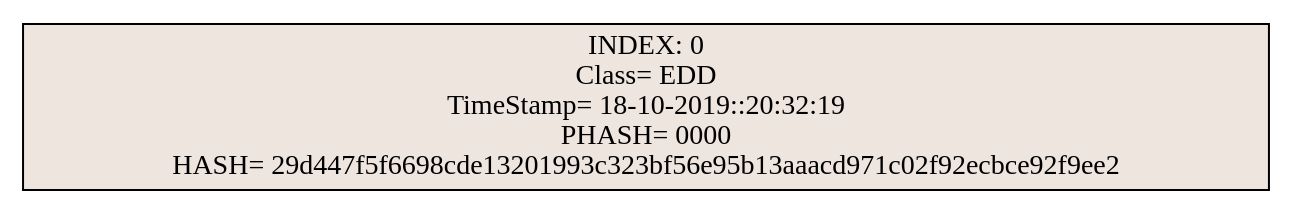
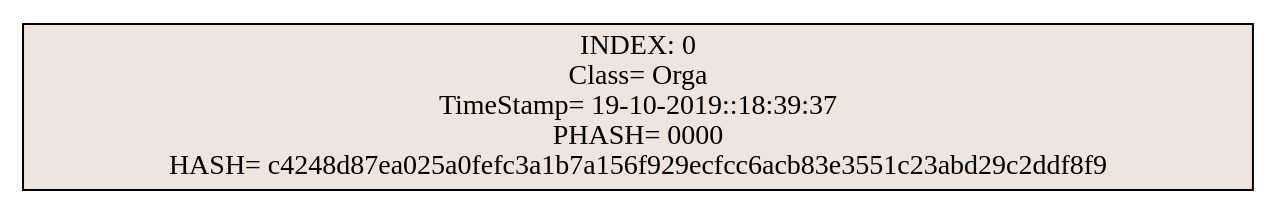
The diagram in Practica2/venv/Include/ListaBloques.dot (Eduardo01004/EDD_2S2019_P2_201612124), drawn with Graphviz before and after one commit. The commit also changed 13 other files, not shown here.

```diff
--- a/Practica2/venv/Include/ListaBloques.dot
+++ b/Practica2/venv/Include/ListaBloques.dot
@@ -1,3 +1,3 @@
 digraph G { 
-3256101[shape=record, style=filled, fillcolor=seashell2,label="INDEX: 0 &#92;n Class= EDD &#92;n TimeStamp= 18-10-2019::20:32:19&#92;n PHASH= 0000&#92;n HASH= 29d447f5f6698cde13201993c323bf56e95b13aaacd971c02f92ecbce92f9ee2"];
+3088197[shape=record, style=filled, fillcolor=seashell2,label="INDEX: 0 &#92;n Class= Orga &#92;n TimeStamp= 19-10-2019::18:39:37&#92;n PHASH= 0000&#92;n HASH= c4248d87ea025a0fefc3a1b7a156f929ecfcc6acb83e3551c23abd29c2ddf8f9"];
 }
```
